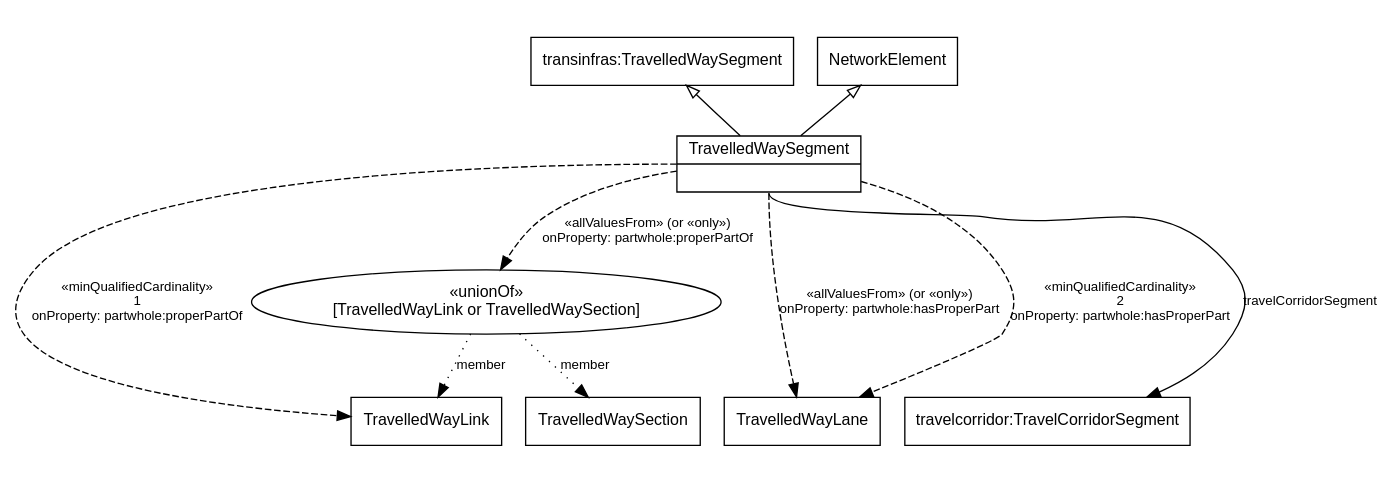
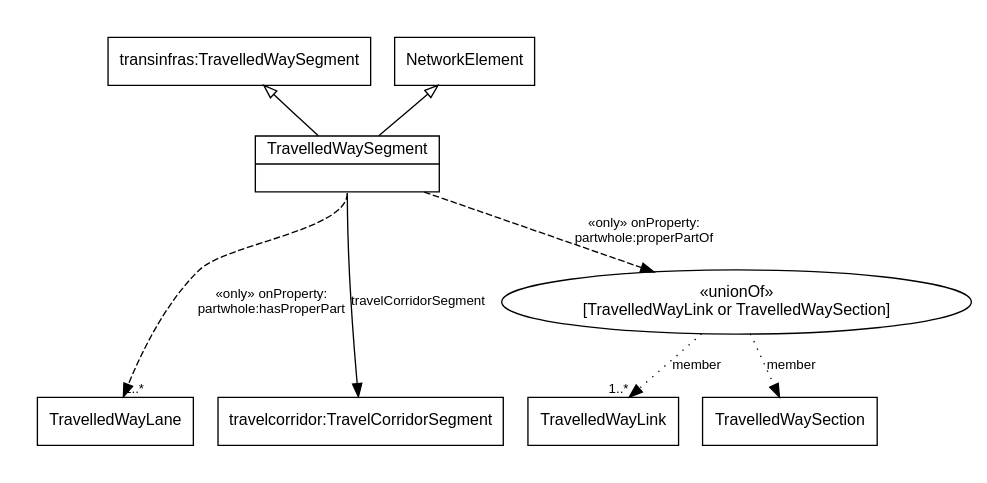
Before and after one commit to k-vaughn/5087: the diagram in docs/diagrams/TravelledWayLinka.dot, drawn with Graphviz. The commit also changed 249 other files, not shown here.

```diff
--- a/docs/diagrams/TravelledWayLinka.dot
+++ b/docs/diagrams/TravelledWayLinka.dot
@@ -1,39 +1,35 @@
 digraph {
 	graph [overlap=false splines=true]
 	node [fontname=Arial fontsize=12 shape=record]
 	edge [fontname=Arial fontsize=10]
 	subgraph cluster_main {
 		rankdir=TB style=invis
 		NetworkElement [label=NetworkElement]
 		transinfras_TravelledWaySegment [label="transinfras:TravelledWaySegment"]
 		{
 			rank=max
 			TravelledWaySegment [label="{TravelledWaySegment|}"]
 		}
 		TravelledWaySegment -> NetworkElement [arrowhead=onormal style=solid]
 		TravelledWaySegment -> transinfras_TravelledWaySegment [arrowhead=onormal style=solid]
 	}
 	subgraph cluster_others {
 		style=invis
 		TravelledWayLane [label=TravelledWayLane]
 		TravelledWayLink [label=TravelledWayLink]
 		TravelledWaySection [label=TravelledWaySection]
 		travelcorridor_TravelCorridorSegment [label="travelcorridor:TravelCorridorSegment"]
 	}
 	TravelledWaySegment:s -> travelcorridor_TravelCorridorSegment [label=travelCorridorSegment]
-	TravelledWaySegment:s -> TravelledWayLane [style=dashed, label="«allValuesFrom» (or «only»)\nonProperty: partwhole:hasProperPart", arrowhead=normal]
+	TravelledWaySegment:s -> TravelledWayLane [style=dashed, label="«only» onProperty:\npartwhole:hasProperPart", arrowhead=normal headlabel="1..*"]
 	
 	// Union Node for the range refinement
     Union [label="«unionOf»\n[TravelledWayLink or TravelledWaySection]", shape=ellipse, fillcolor=lightyellow];
 
     // Union connections (dotted for membership)
-    Union -> TravelledWayLink [style=dotted, label="member", arrowhead=normal];
+    Union -> TravelledWayLink [style=dotted, label="member", arrowhead=normal headlabel="1..*"];
     Union -> TravelledWaySection [style=dotted, label="member", arrowhead=normal];
 
     // Range Refinement Restriction (dashed dependency to Union)
-    TravelledWaySegment -> Union [style=dashed, label="«allValuesFrom» (or «only»)\nonProperty: partwhole:properPartOf", arrowhead=normal];
-    TravelledWaySegment -> TravelledWayLink [style=dashed, label="«minQualifiedCardinality»\n1\nonProperty: partwhole:properPartOf", arrowhead=normal];
-
-    // New Min Qualified Cardinality Restriction for TravelledWayLanes
-    TravelledWaySegment -> TravelledWayLane [style=dashed, label="«minQualifiedCardinality»\n2\nonProperty: partwhole:hasProperPart", arrowhead=normal];
+    TravelledWaySegment -> Union [style=dashed, label="«only» onProperty:\npartwhole:properPartOf", arrowhead=normal];
 }
```
